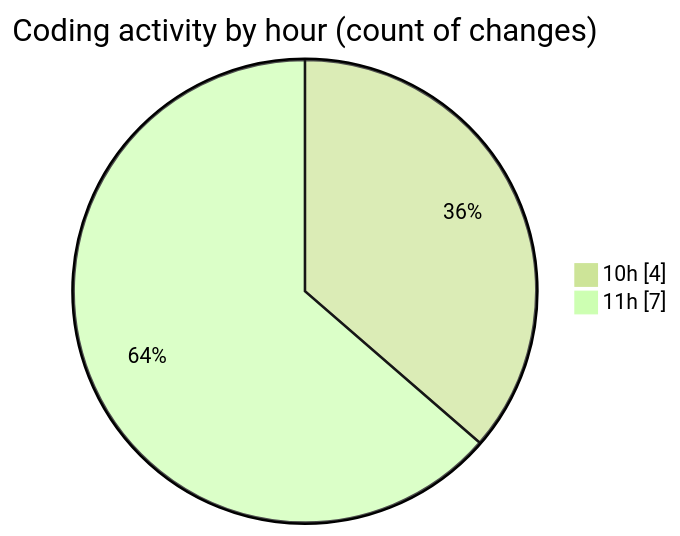
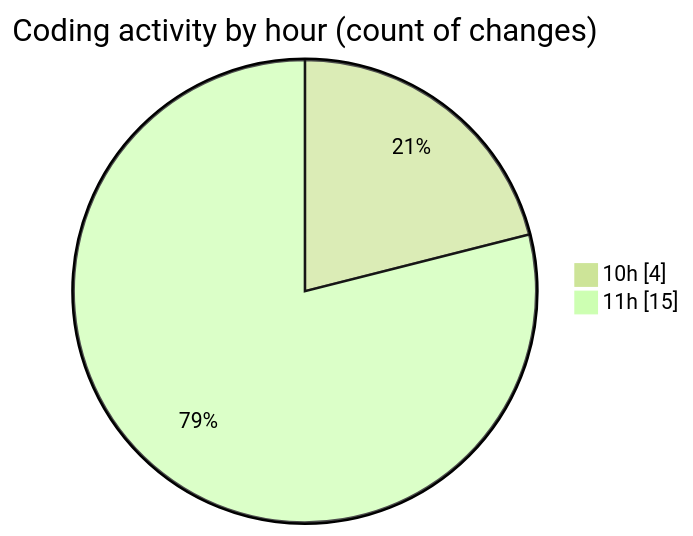
One commit to nxtqubesakshisongat/code-tracking changed the second of 2 diagrams in 2025-09-15/nxtqube_webapp/README.md. Above: the diagram before and after it, drawn with Mermaid (forest theme). The commit also changed other lines of this file and 1 other file, not shown here.

````diff
--- a/2025-09-15/nxtqube_webapp/README.md
+++ b/2025-09-15/nxtqube_webapp/README.md
@@ -29,6 +31,6 @@
 ```mermaid
 pie showData
 title Coding activity by hour (count of changes)
 "10h" : 4
-"11h" : 7
+"11h" : 15
 ```
````
